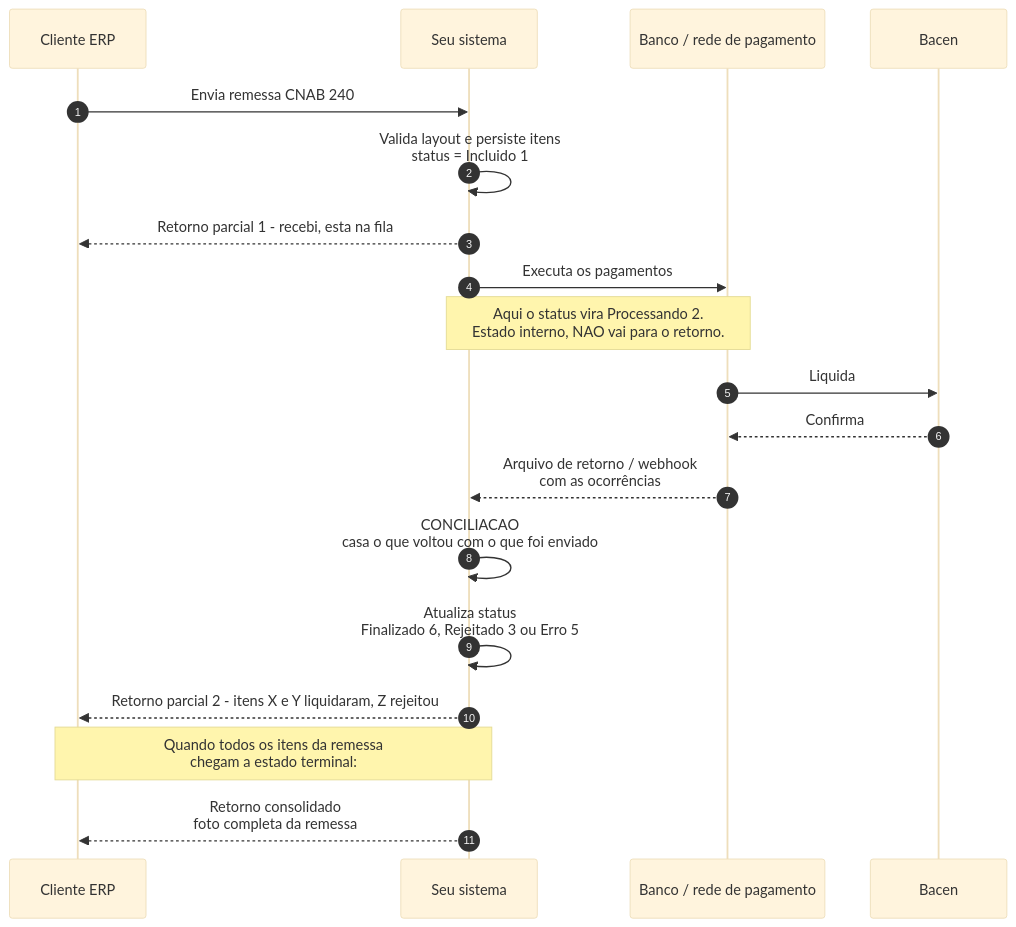
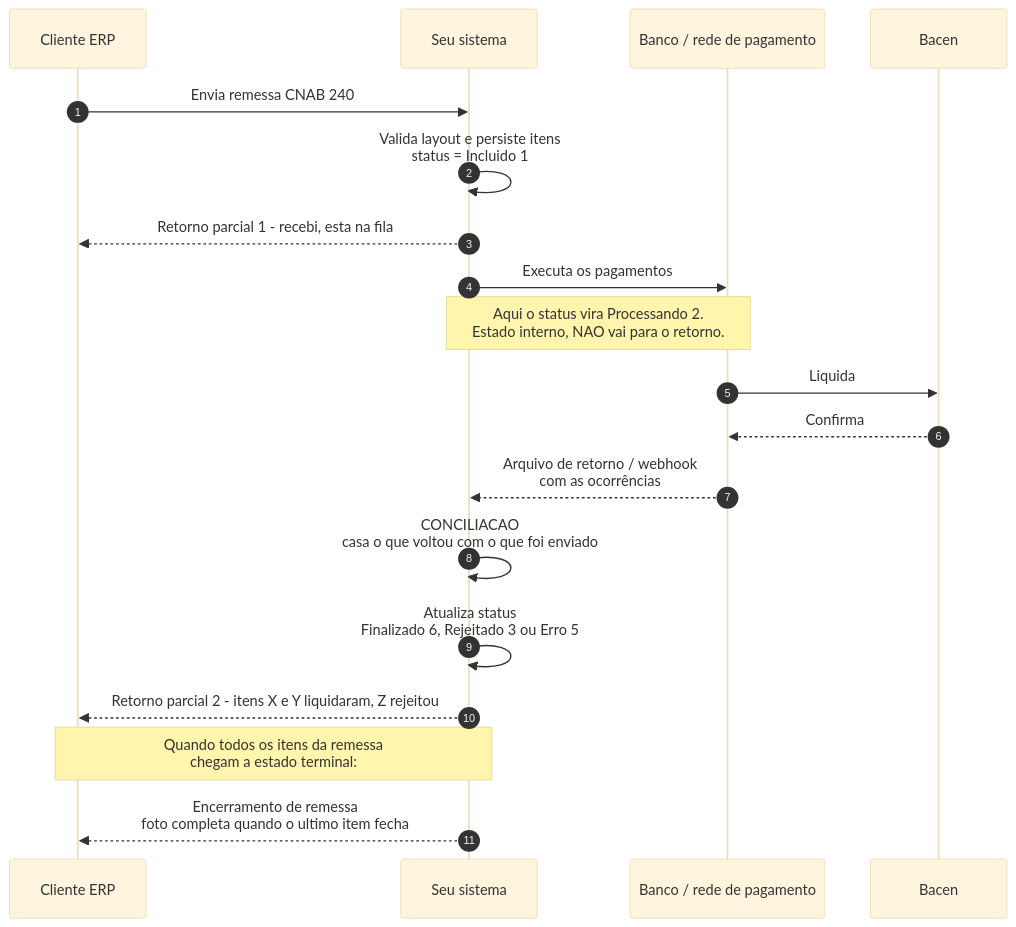
One commit to danielbfr3/sobre_aws changed the first of 10 diagrams in conciliacao-guia-completo.md. Above: the diagram before and after it, drawn with Mermaid (base theme). The commit also changed other lines of this file, not shown here.

````diff
--- a/conciliacao-guia-completo.md
+++ b/conciliacao-guia-completo.md
@@ -145,26 +145,26 @@
 ```mermaid
 sequenceDiagram
     autonumber
     participant C as Cliente ERP
     participant S as Seu sistema
     participant B as Banco / rede de pagamento
     participant BC as Bacen
 
     C->>S: Envia remessa CNAB 240
     S->>S: Valida layout e persiste itens<br/>status = Incluido 1
     S-->>C: Retorno parcial 1 - recebi, esta na fila
 
     S->>B: Executa os pagamentos
     Note over S,B: Aqui o status vira Processando 2.<br/>Estado interno, NAO vai para o retorno.
 
     B->>BC: Liquida
     BC-->>B: Confirma
     B-->>S: Arquivo de retorno / webhook<br/>com as ocorrências
 
     S->>S: CONCILIACAO<br/>casa o que voltou com o que foi enviado
     S->>S: Atualiza status<br/>Finalizado 6, Rejeitado 3 ou Erro 5
     S-->>C: Retorno parcial 2 - itens X e Y liquidaram, Z rejeitou
 
     Note over S,C: Quando todos os itens da remessa<br/>chegam a estado terminal:
-    S-->>C: Retorno consolidado<br/>foto completa da remessa
+    S-->>C: Encerramento de remessa<br/>foto completa quando o ultimo item fecha
 ```
````
